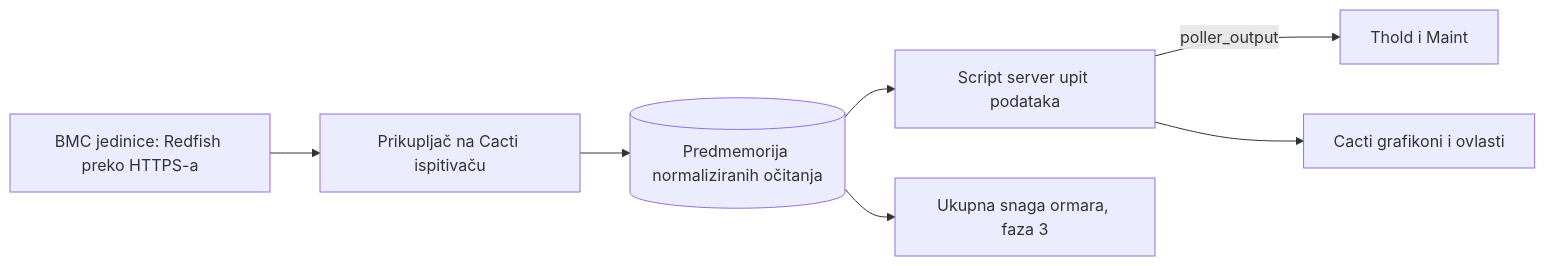
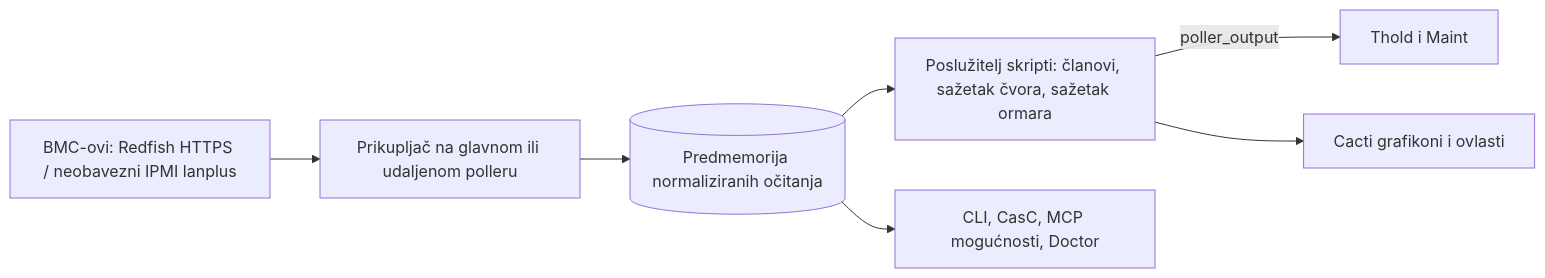
The diagram in docs/i18n/hr-HR/README.md (somethingwithproof/plugin_redfish), drawn with Mermaid before and after one commit. The commit also changed other lines of this file and 47 other files, not shown here.

````diff
--- a/docs/i18n/hr-HR/README.md
+++ b/docs/i18n/hr-HR/README.md
@@ -90,9 +140,9 @@
 ```mermaid
 flowchart LR
-    BMC[BMC jedinice: Redfish preko HTTPS-a] --> C[Prikupljač na Cacti ispitivaču]
-    C --> CACHE[(Predmemorija normaliziranih očitanja)]
-    CACHE --> SS[Script server upit podataka]
-    SS -->|poller_output| T[Thold i Maint]
-    SS --> G[Cacti grafikoni i ovlasti]
-    CACHE --> R[Ukupna snaga ormara, faza 3]
+    BMC["BMC-ovi: Redfish HTTPS / neobavezni IPMI lanplus"] --> C["Prikupljač na glavnom ili udaljenom polleru"]
+    C --> CACHE[("Predmemorija normaliziranih očitanja")]
+    CACHE --> SS["Poslužitelj skripti: članovi, sažetak čvora, sažetak ormara"]
+    SS -->|poller_output| T["Thold i Maint"]
+    SS --> G["Cacti grafikoni i ovlasti"]
+    CACHE --> ECO["CLI, CasC, MCP mogućnosti, Doctor"]
 ```
````
